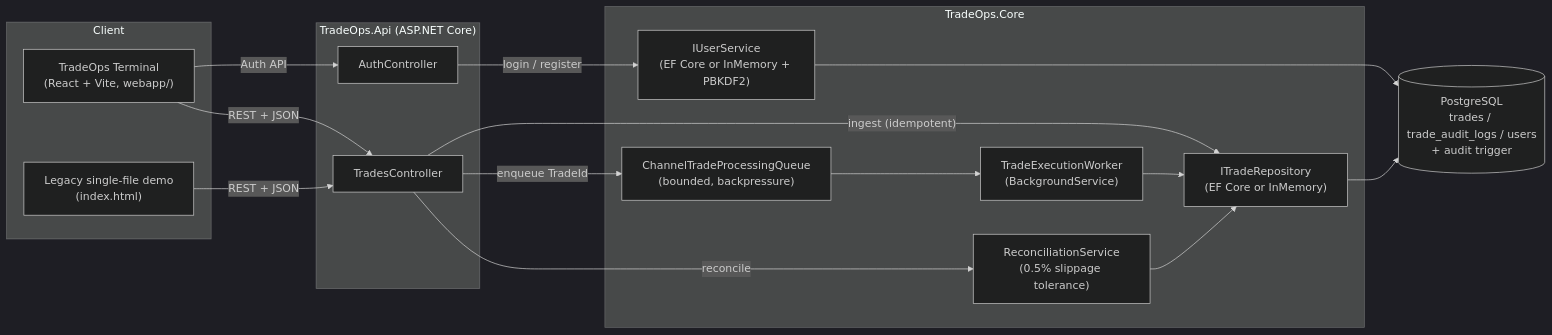
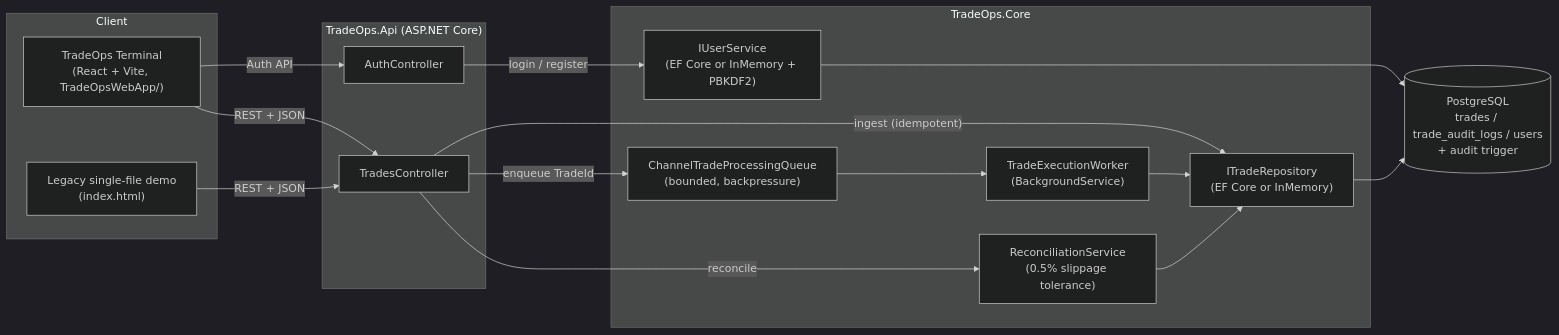
One commit to joshuabalanza/SampleTradeApp changed the diagram in README.md. Above: the diagram before and after it, drawn with Mermaid (dark theme). The commit also changed other lines of this file and 3 other files, not shown here.

Commit message:
feat: rename webapp to TradeOpsWebApp and add metadata files

````diff
--- a/README.md
+++ b/README.md
@@ -58,35 +58,35 @@
 ```mermaid
 flowchart LR
     subgraph Client
-        UI["TradeOps Terminal<br/>(React + Vite, webapp/)"]
+        UI["TradeOps Terminal<br/>(React + Vite, TradeOpsWebApp/)"]
         Legacy["Legacy single-file demo<br/>(index.html)"]
     end
 
     subgraph API["TradeOps.Api (ASP.NET Core)"]
         Ctrl["TradesController"]
         AuthCtrl["AuthController"]
     end
 
     subgraph Core["TradeOps.Core"]
         Queue["ChannelTradeProcessingQueue<br/>(bounded, backpressure)"]
         Worker["TradeExecutionWorker<br/>(BackgroundService)"]
         Reconcile["ReconciliationService<br/>(0.5% slippage tolerance)"]
         Repo["ITradeRepository<br/>(EF Core or InMemory)"]
         UserSvc["IUserService<br/>(EF Core or InMemory + PBKDF2)"]
     end
 
     DB[("PostgreSQL<br/>trades / trade_audit_logs / users<br/>+ audit trigger")]
 
     UI -- "REST + JSON" --> Ctrl
     UI -- "Auth API" --> AuthCtrl
     Legacy -- "REST + JSON" --> Ctrl
     AuthCtrl -- "login / register" --> UserSvc
     UserSvc --> DB
     Ctrl -- "ingest (idempotent)" --> Repo
     Ctrl -- "enqueue TradeId" --> Queue
     Queue --> Worker
     Worker --> Repo
     Ctrl -- "reconcile" --> Reconcile
     Reconcile --> Repo
     Repo --> DB
 ```
````
